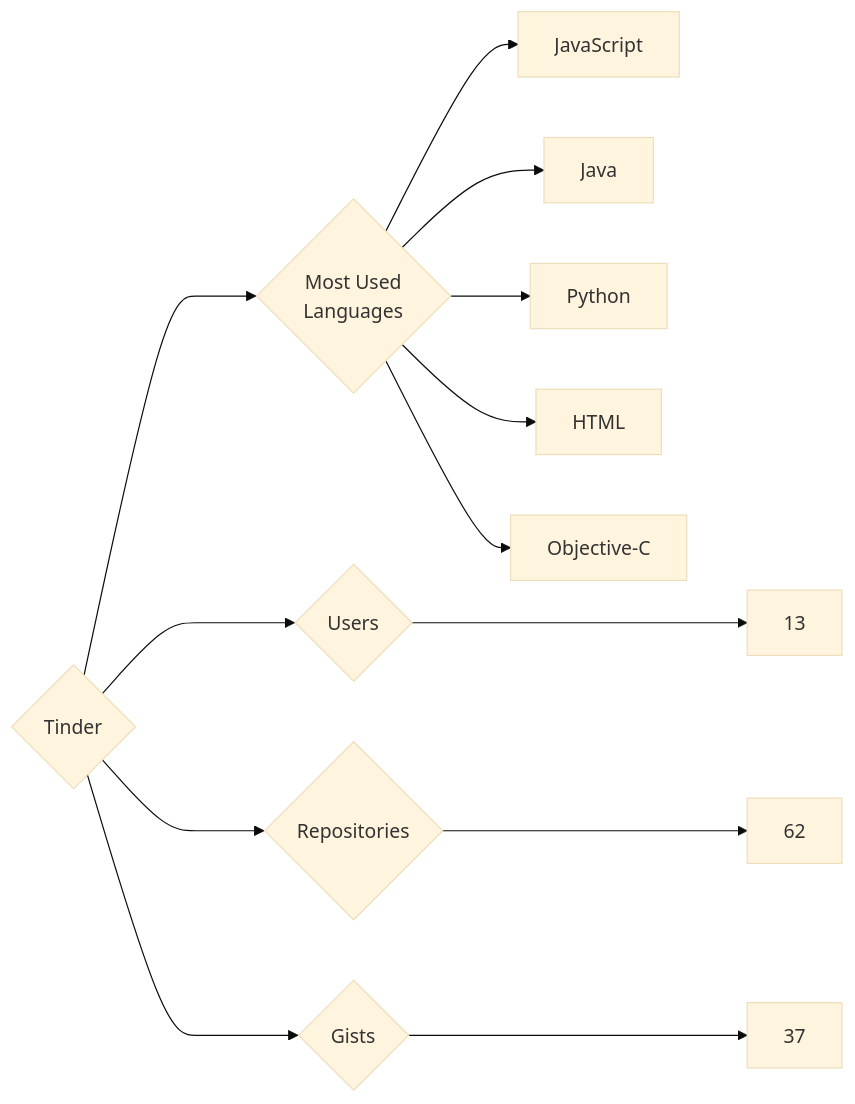
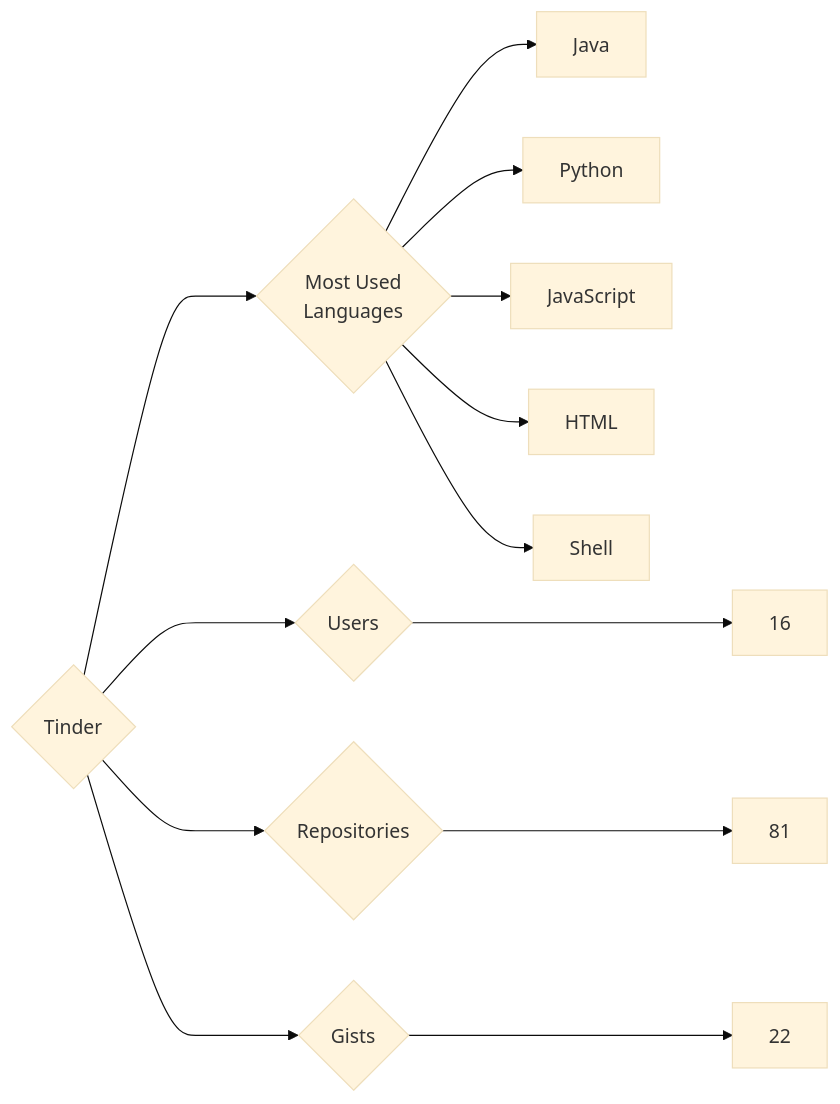
One commit to trickest/insiders changed the diagram in targets/Tinder/README.md. Above: the diagram before and after it, drawn with Mermaid (base theme). The commit also changed 794 other files, not shown here.

````diff
--- a/targets/Tinder/README.md
+++ b/targets/Tinder/README.md
@@ -3,13 +3,13 @@
 ```mermaid
 graph LR
 COMPANY_NAME{Tinder}
-COMPANY_NAME ---> U{Users} ---> UN[13]
-COMPANY_NAME ---> R{Repositories} ---> RN[62]
-COMPANY_NAME ---> G{Gists} ---> GN[37]
+COMPANY_NAME ---> U{Users} ---> UN[16]
+COMPANY_NAME ---> R{Repositories} ---> RN[81]
+COMPANY_NAME ---> G{Gists} ---> GN[22]
 COMPANY_NAME ---> ML{Most Used<br>Languages}
-ML --> JavaScript[JavaScript]
 ML --> Java[Java]
 ML --> Python[Python]
+ML --> JavaScript[JavaScript]
 ML --> HTML[HTML]
-ML --> Objective-C[Objective-C]
+ML --> Shell[Shell]
 ```
````
